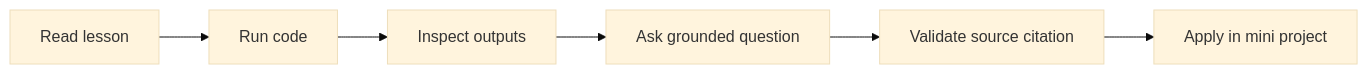
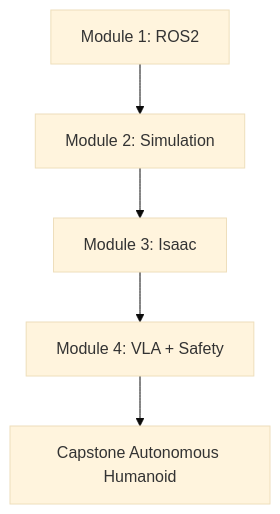
Before and after one commit to MariumAfzal2703/physical-ai-humanoid-robotics-textbook: the diagram in docs/intro.mdx, drawn with Mermaid (base theme). The commit also changed other lines of this file and 13 other files, not shown here.

````diff
--- a/docs/intro.mdx
+++ b/docs/intro.mdx
@@ -46,8 +109,7 @@
 ```mermaid
-flowchart LR
-  A[Read lesson] --> B[Run code]
-  B --> C[Inspect outputs]
-  C --> D[Ask grounded question]
-  D --> E[Validate source citation]
-  E --> F[Apply in mini project]
+flowchart TD
+  A[Module 1: ROS2] --> B[Module 2: Simulation]
+  B --> C[Module 3: Isaac]
+  C --> D[Module 4: VLA + Safety]
+  D --> E[Capstone Autonomous Humanoid]
 ```
````
